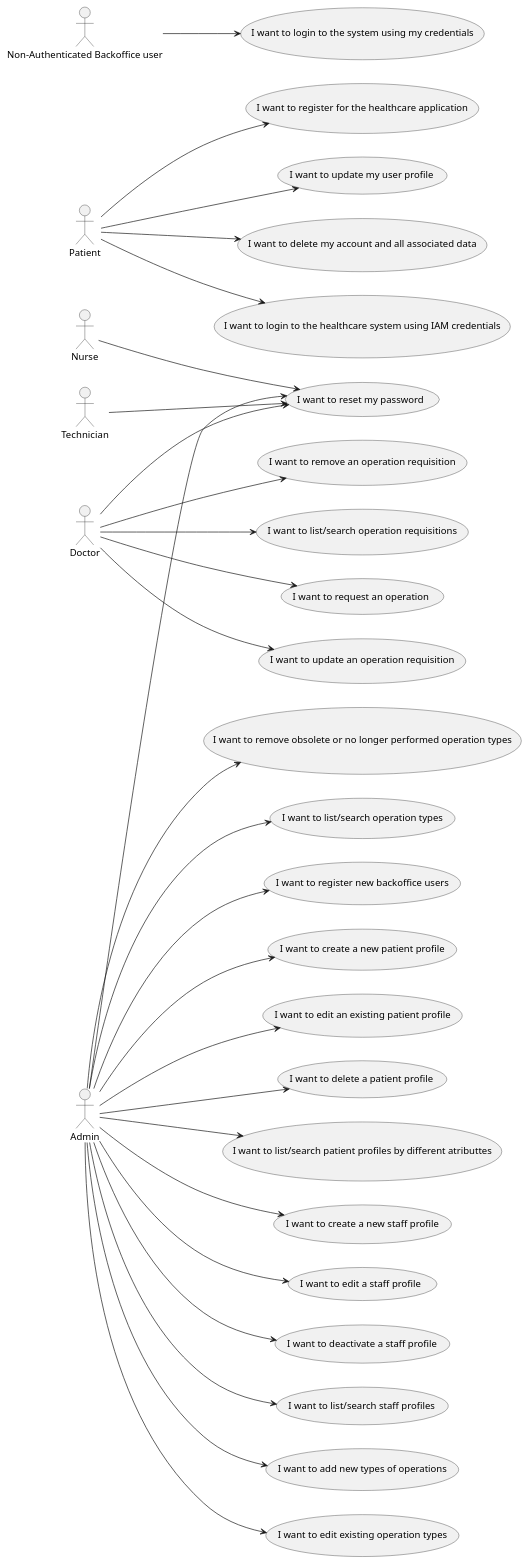
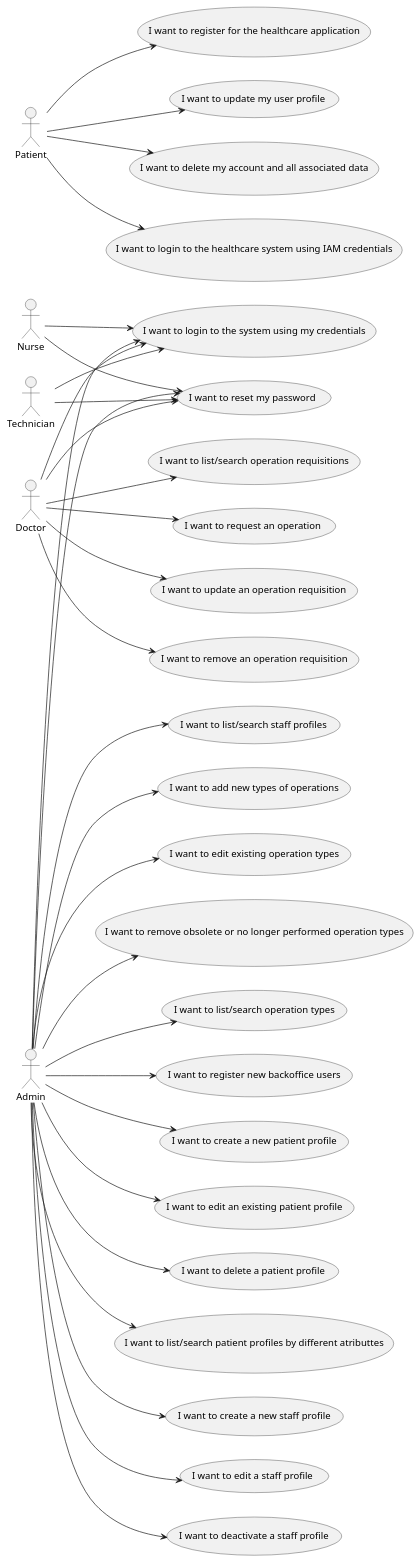
One commit to Lapr5G21/sem5pi-24-25-3ddg21 changed the diagram in docs/Use Case Diagram/useCaseDiagram.puml. Above: the diagram before and after it, drawn with PlantUML. The commit also changed 12 other files, not shown here.

```diff
--- a/docs/Use Case Diagram/useCaseDiagram.puml
+++ b/docs/Use Case Diagram/useCaseDiagram.puml
@@ -1,75 +1,77 @@
 @startuml
 
 skinparam packageStyle rectangle
 left to right direction
 
 actor "Doctor" as Doctor
 actor "Admin" as Admin
 actor "Nurse" as Nurse
 actor "Technician" as Technician
 actor "Patient" as Patient
-actor "Non-Authenticated Backoffice user" as NonAuthenticatedBackofficeUser
+
 
 usecase "I want to register new backoffice users" as RegisterBackofficeUsers
 usecase "I want to reset my password" as ResetPassword
 usecase "I want to register for the healthcare application" as RegisterHealthcareApplication
 usecase "I want to update my user profile" as UpdateUserProfile
 usecase "I want to delete my account and all associated data" as DeleteAccount
 usecase "I want to login to the system using my credentials" as LoginBackofficeUser
 usecase "I want to login to the healthcare system using IAM credentials" as LoginPatient
 usecase "I want to create a new patient profile" as CreatePatientProfile
 usecase "I want to edit an existing patient profile" as EditPatientProfile
 usecase "I want to delete a patient profile" as DeletePatientProfile
 usecase "I want to list/search patient profiles by different atributtes" as ListPatientProfiles
 usecase "I want to create a new staff profile" as CreateStaffProfile
 usecase "I want to edit a staff profile" as EditStaffProfile
 usecase "I want to deactivate a staff profile" as DeactivateStaffProfile
 usecase "I want to list/search staff profiles" as ListStaffProfiles
 usecase "I want to request an operation" as RequestOperation
 usecase "I want to update an operation requisition" as UpdateOperationRequisition
 usecase "I want to remove an operation requisition" as RemoveOperationRequisition
 usecase "I want to list/search operation requisitions" as ListOperationRequisitions
 usecase "I want to add new types of operations" as AddNewOperationTypes
 usecase "I want to edit existing operation types" as EditOperationTypes
 usecase "I want to remove obsolete or no longer performed operation types" as RemoveObsoleteOperationTypes
 usecase "I want to list/search operation types" as ListOperationTypes
 
 
 Admin --> RegisterBackofficeUsers
 Admin --> ResetPassword
 Admin --> CreatePatientProfile
 Admin --> EditPatientProfile
 Admin --> DeletePatientProfile
 Admin --> ListPatientProfiles
 Admin --> CreateStaffProfile
 Admin --> EditStaffProfile
 Admin --> DeactivateStaffProfile
 Admin --> ListStaffProfiles
 Admin --> AddNewOperationTypes
 Admin --> EditOperationTypes
 Admin --> RemoveObsoleteOperationTypes
 Admin --> ListOperationTypes
+Admin --> LoginBackofficeUser
+
 
 
 Doctor --> ResetPassword
 Doctor --> RequestOperation
 Doctor --> UpdateOperationRequisition
 Doctor --> RemoveOperationRequisition
 Doctor --> ListOperationRequisitions
+Doctor --> LoginBackofficeUser
 
 
 Nurse --> ResetPassword
+Nurse --> LoginBackofficeUser
  
 
 Technician --> ResetPassword
+Technician --> LoginBackofficeUser
  
 
 Patient --> RegisterHealthcareApplication
 Patient --> UpdateUserProfile
 Patient --> DeleteAccount
 Patient --> LoginPatient
 
-
-NonAuthenticatedBackofficeUser --> LoginBackofficeUser
-
 @enduml
```
